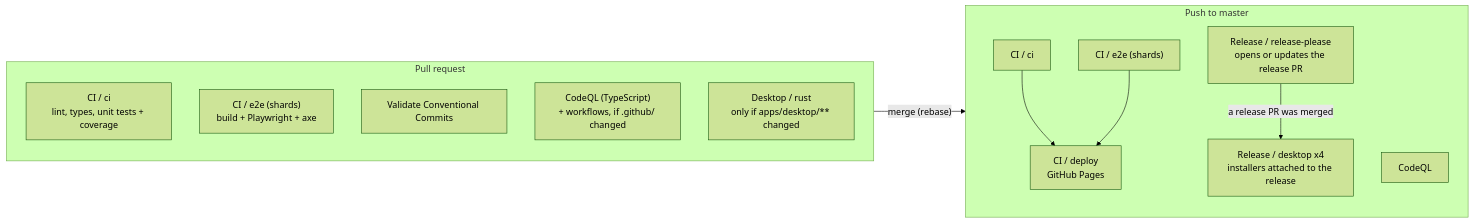
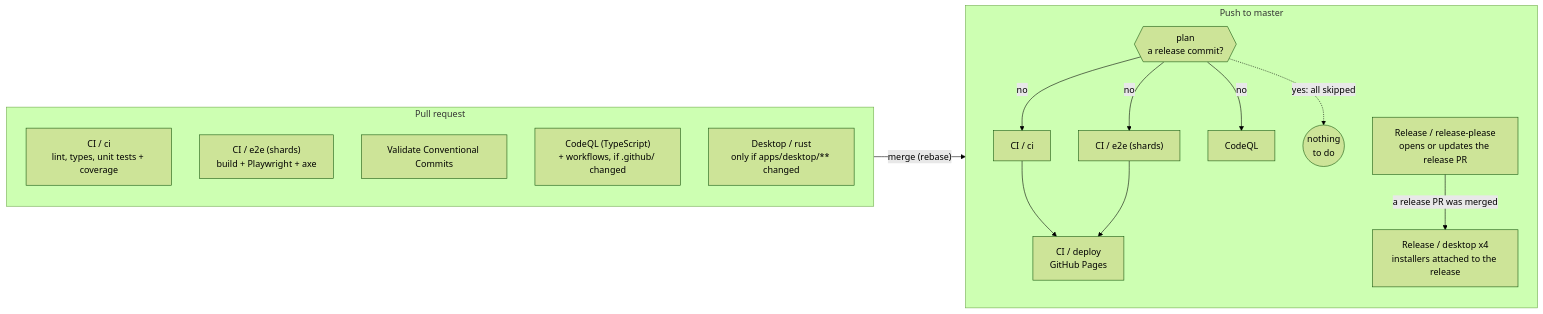
The diagram in docs/ci.md (kqesar/alltp-tracker), drawn with Mermaid (forest theme) before and after one commit. The commit also changed other lines of this file and 4 other files, not shown here.

First line of the commit message:
ci: skip everything for a release commit

````diff
--- a/docs/ci.md
+++ b/docs/ci.md
@@ -7,20 +7,24 @@
 ```mermaid
 flowchart LR
   subgraph PR["Pull request"]
     direction TB
     ci_pr["CI / ci<br/>lint, types, unit tests + coverage"]
     e2e_pr["CI / e2e (shards)<br/>build + Playwright + axe"]
     vc["Validate Conventional Commits"]
     cq_pr["CodeQL (TypeScript)<br/>+ workflows, if .github/ changed"]
     dk_pr["Desktop / rust<br/>only if apps/desktop/** changed"]
   end
   subgraph MASTER["Push to master"]
     direction TB
-    ci_m["CI / ci"] --> deploy["CI / deploy<br/>GitHub Pages"]
-    e2e_m["CI / e2e (shards)"] --> deploy
-    cq_m["CodeQL"]
+    plan{{"plan<br/>a release commit?"}}
+    plan -->|no| ci_m["CI / ci"]
+    plan -->|no| e2e_m["CI / e2e (shards)"]
+    plan -->|no| cq_m["CodeQL"]
+    plan -.->|yes: all skipped| none(("nothing<br/>to do"))
+    ci_m --> deploy["CI / deploy<br/>GitHub Pages"]
+    e2e_m --> deploy
     rp["Release / release-please<br/>opens or updates the release PR"]
     rp -->|a release PR was merged| inst["Release / desktop x4<br/>installers attached to the release"]
   end
   PR -->|"merge (rebase)"| MASTER
 ```
````
